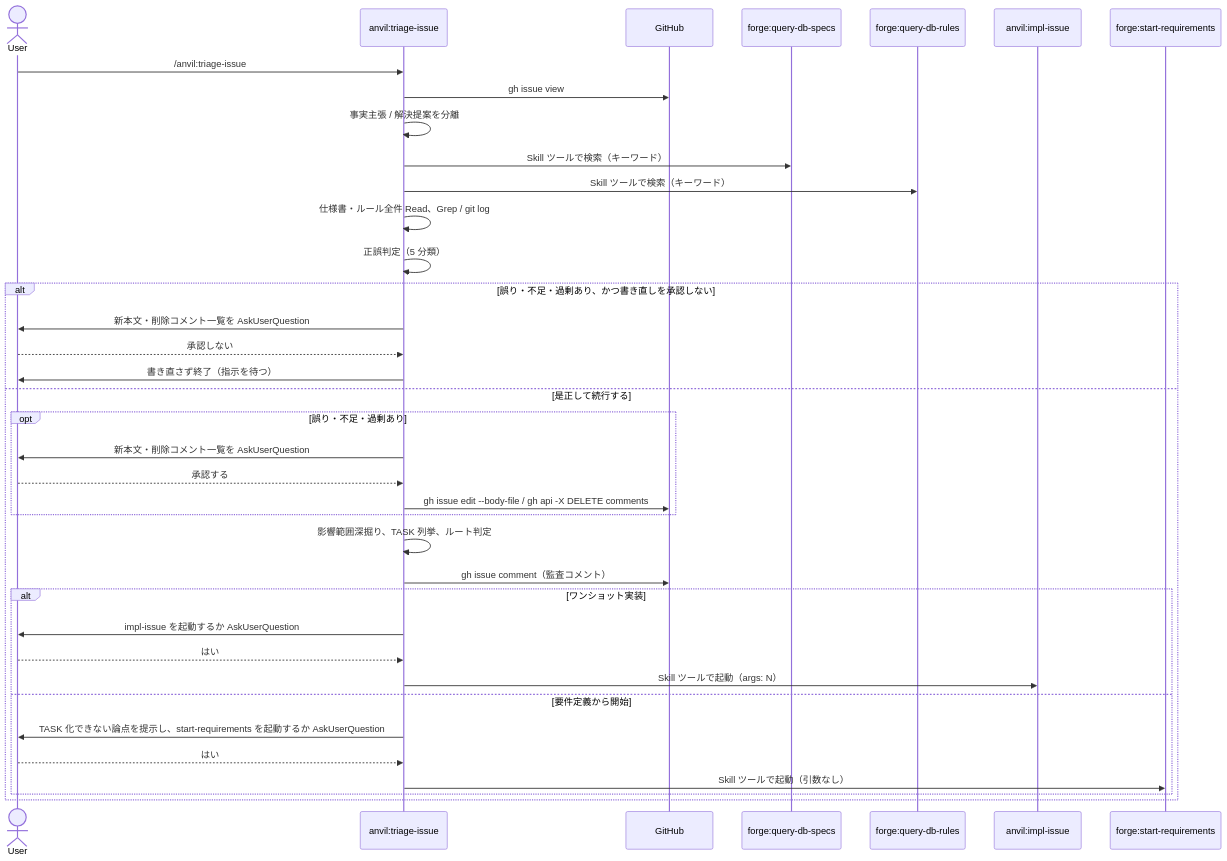
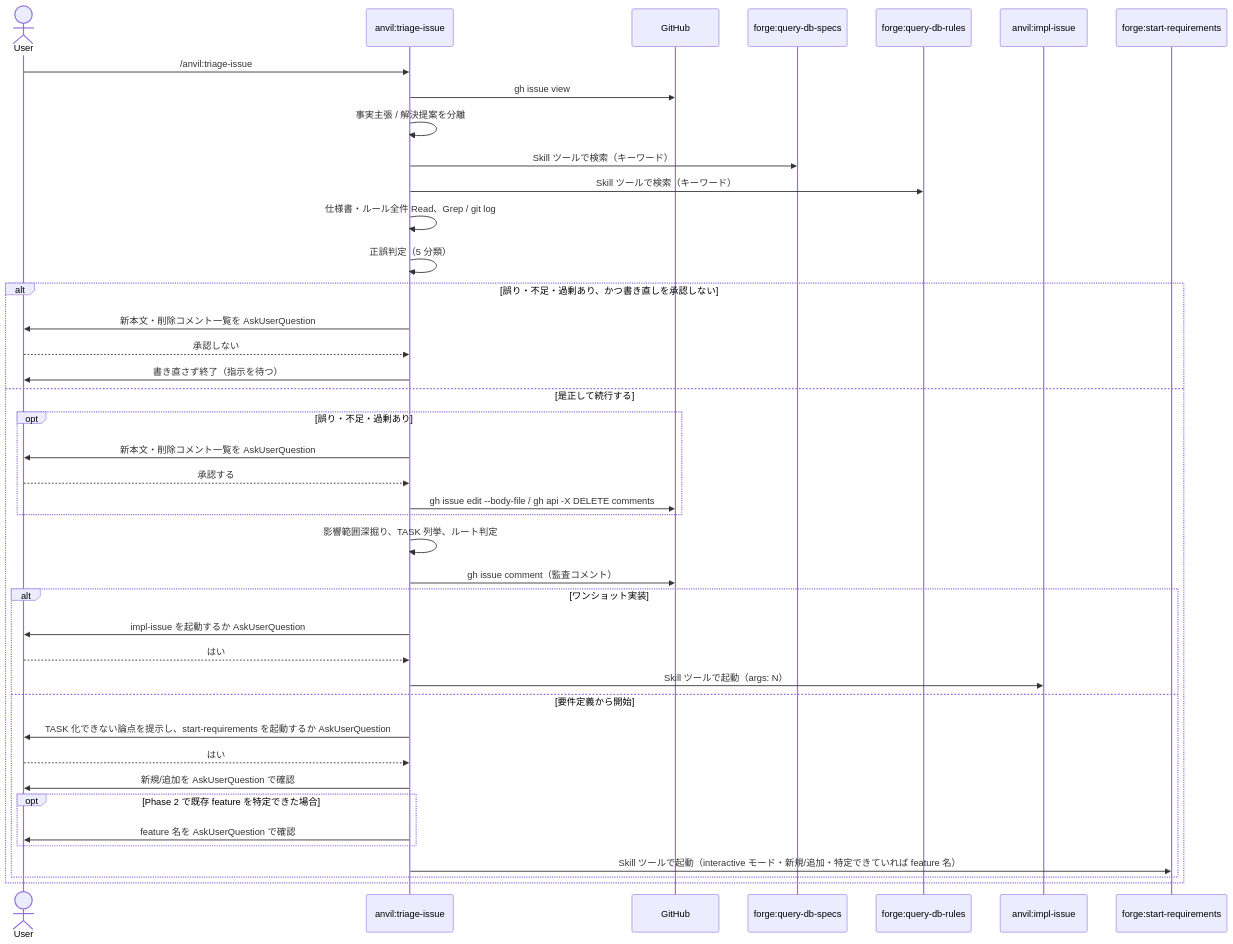
The second of 4 diagrams in docs/specs/anvil/design/DES-025_issue_driven_flow_design.md (BlueEventHorizon/bw-cc-plugins), drawn with Mermaid before and after one commit. The commit also changed other lines of this file and 2 other files, not shown here.

````diff
--- a/docs/specs/anvil/design/DES-025_issue_driven_flow_design.md
+++ b/docs/specs/anvil/design/DES-025_issue_driven_flow_design.md
@@ -164,39 +164,43 @@
 ```mermaid
 sequenceDiagram
     actor User
     participant TI as anvil:triage-issue
     participant GH as GitHub
     participant QS as forge:query-db-specs
     participant QR as forge:query-db-rules
     participant II as anvil:impl-issue
     participant SR as forge:start-requirements
     User ->> TI: /anvil:triage-issue #N
     TI ->> GH: gh issue view #N (--comments)
     TI ->> TI: 事実主張 / 解決提案を分離
     TI ->> QS: Skill ツールで検索（キーワード）
     TI ->> QR: Skill ツールで検索（キーワード）
     TI ->> TI: 仕様書・ルール全件 Read、Grep / git log
     TI ->> TI: 正誤判定（5 分類）
     alt 誤り・不足・過剰あり、かつ書き直しを承認しない
         TI ->> User: 新本文・削除コメント一覧を AskUserQuestion
         User -->> TI: 承認しない
         TI ->> User: 書き直さず終了（指示を待つ）
     else 是正して続行する
         opt 誤り・不足・過剰あり
             TI ->> User: 新本文・削除コメント一覧を AskUserQuestion
             User -->> TI: 承認する
             TI ->> GH: gh issue edit --body-file / gh api -X DELETE comments
         end
         TI ->> TI: 影響範囲深掘り、TASK 列挙、ルート判定
         TI ->> GH: gh issue comment（監査コメント）
         alt ワンショット実装
             TI ->> User: impl-issue を起動するか AskUserQuestion
             User -->> TI: はい
             TI ->> II: Skill ツールで起動（args: N）
         else 要件定義から開始
             TI ->> User: TASK 化できない論点を提示し、start-requirements を起動するか AskUserQuestion
             User -->> TI: はい
-            TI ->> SR: Skill ツールで起動（引数なし）
+            TI ->> User: 新規/追加を AskUserQuestion で確認
+            opt Phase 2 で既存 feature を特定できた場合
+                TI ->> User: feature 名を AskUserQuestion で確認
+            end
+            TI ->> SR: Skill ツールで起動（interactive モード・新規/追加・特定できていれば feature 名）
         end
     end
 ```
````
